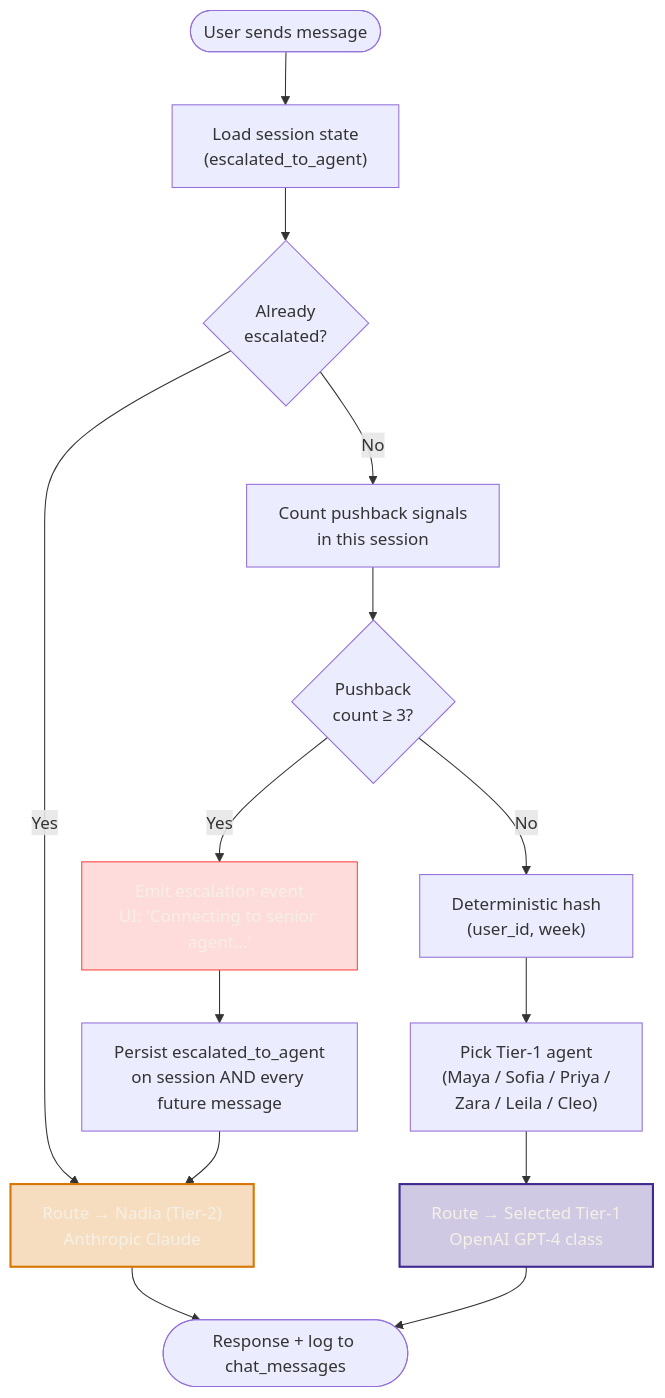
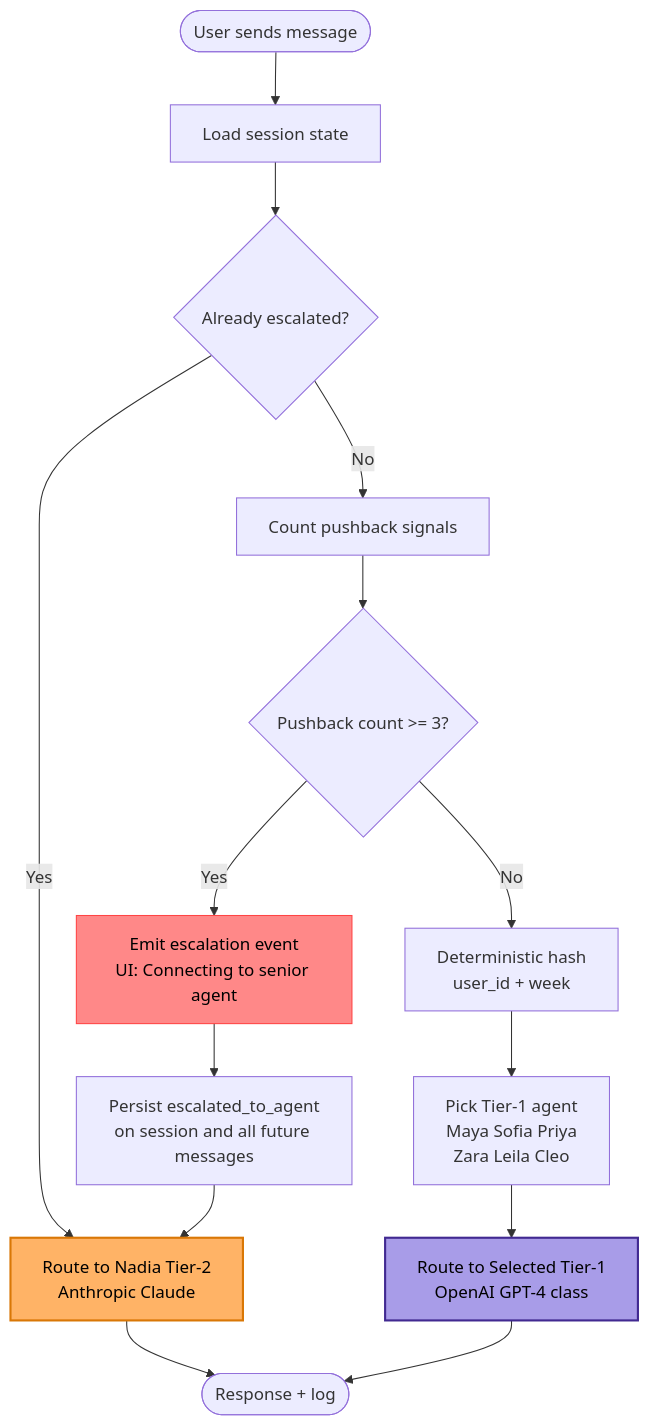
Before and after one commit to omkarjaliparthi/insights-by-omkar-case-study: the first of 2 diagrams in docs/04-decision-support-agent-tiering.md, drawn with Mermaid. The commit also changed other lines of this file and 5 other files, not shown here.

Commit message:
fix: simplify mermaid syntax for GitHub renderer compatibility — remove 8-digit hex, subgraph labels, parens in gantt names

````diff
--- a/docs/04-decision-support-agent-tiering.md
+++ b/docs/04-decision-support-agent-tiering.md
@@ -36,20 +36,20 @@
 ```mermaid
 flowchart TD
-    Msg([User sends message]) --> SessionLoad["Load session state<br/>(escalated_to_agent)"]
-    SessionLoad --> EscCheck{Already<br/>escalated?}
-    EscCheck -- Yes --> Nadia["Route → Nadia (Tier-2)<br/>Anthropic Claude"]
-    EscCheck -- No --> PushbackCount["Count pushback signals<br/>in this session"]
-    PushbackCount --> ShouldEsc{Pushback<br/>count ≥ 3?}
-    ShouldEsc -- Yes --> EscEvent["Emit escalation event<br/>UI: 'Connecting to senior agent...'"]
-    EscEvent --> Persist["Persist escalated_to_agent<br/>on session AND every future message"]
+    Msg([User sends message]) --> SessionLoad[Load session state]
+    SessionLoad --> EscCheck{Already escalated?}
+    EscCheck -- Yes --> Nadia[Route to Nadia Tier-2<br>Anthropic Claude]
+    EscCheck -- No --> PushbackCount[Count pushback signals]
+    PushbackCount --> ShouldEsc{Pushback count >= 3?}
+    ShouldEsc -- Yes --> EscEvent[Emit escalation event<br>UI: Connecting to senior agent]
+    EscEvent --> Persist[Persist escalated_to_agent<br>on session and all future messages]
     Persist --> Nadia
-    ShouldEsc -- No --> Hash["Deterministic hash<br/>(user_id, week)"]
-    Hash --> Pick["Pick Tier-1 agent<br/>(Maya / Sofia / Priya /<br/>Zara / Leila / Cleo)"]
-    Pick --> Tier1["Route → Selected Tier-1<br/>OpenAI GPT-4 class"]
-    Tier1 --> Reply([Response + log to chat_messages])
+    ShouldEsc -- No --> Hash[Deterministic hash<br>user_id + week]
+    Hash --> Pick[Pick Tier-1 agent<br>Maya Sofia Priya<br>Zara Leila Cleo]
+    Pick --> Tier1[Route to Selected Tier-1<br>OpenAI GPT-4 class]
+    Tier1 --> Reply([Response + log])
     Nadia --> Reply
 
-    style Nadia fill:#D9770640,stroke:#D97706,stroke-width:2px,color:#F5F0E6
-    style Tier1 fill:#41299140,stroke:#412991,stroke-width:2px,color:#F5F0E6
-    style EscEvent fill:#FF444430,stroke:#FF4444,color:#F5F0E6
+    style Nadia fill:#FFB366,stroke:#D97706,stroke-width:2px,color:#000
+    style Tier1 fill:#A89CE8,stroke:#412991,stroke-width:2px,color:#000
+    style EscEvent fill:#FF8888,stroke:#FF4444,color:#000
 ```
````
